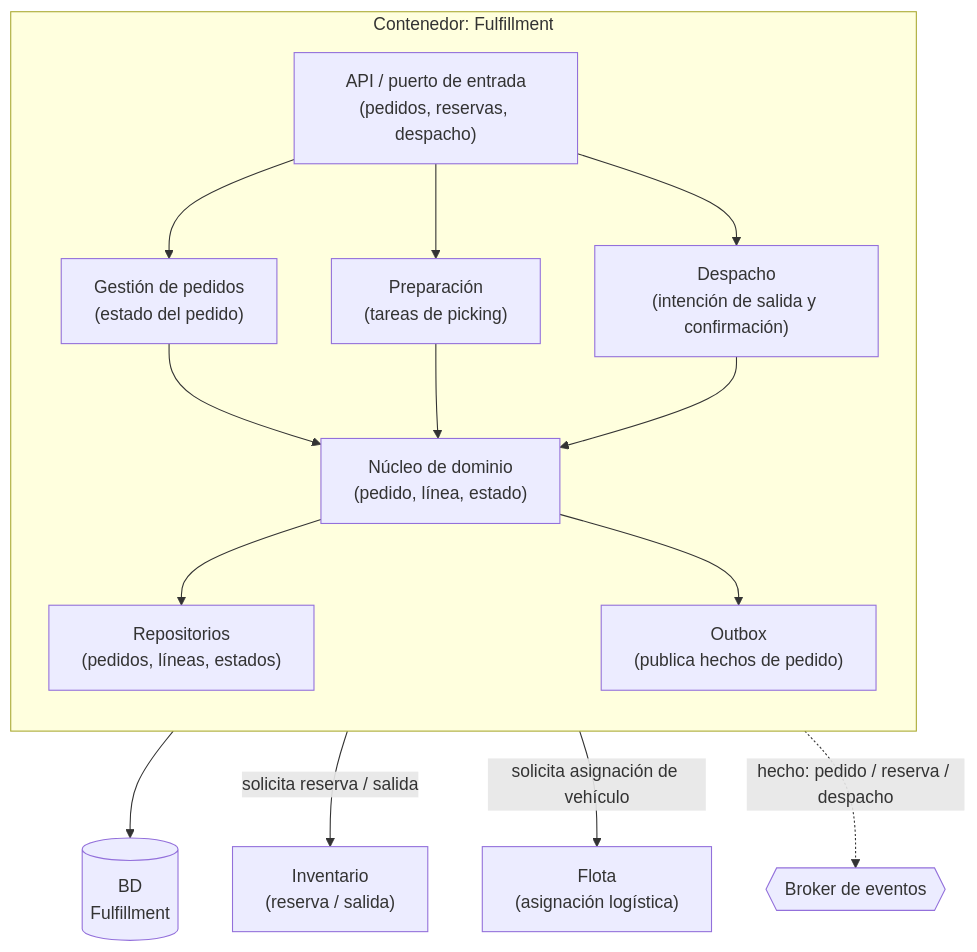
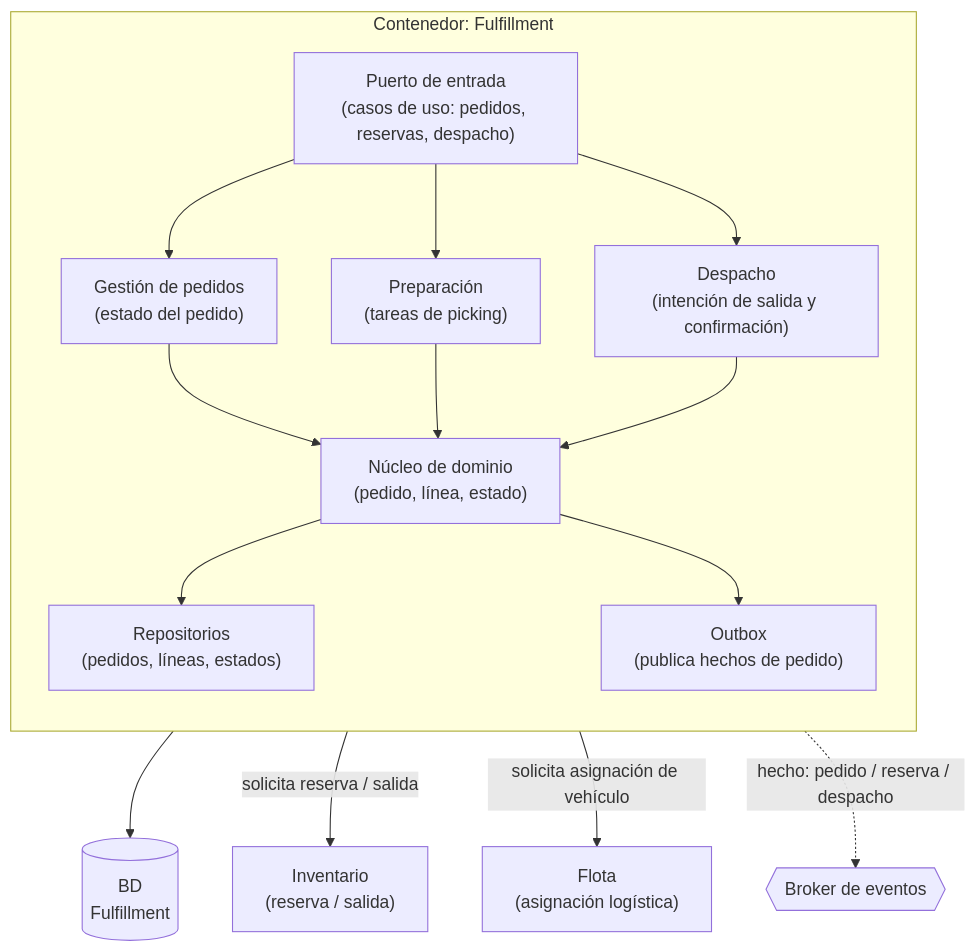
The diagram in docs/diagrams/c4-componente-fulfillment.mmd (asmunozv/Deber2), drawn with Mermaid before and after one commit.

Commit message:
Ajusta C4 Fulfillment al alcance conceptual

```diff
--- a/docs/diagrams/c4-componente-fulfillment.mmd
+++ b/docs/diagrams/c4-componente-fulfillment.mmd
@@ -1,43 +1,43 @@
 flowchart TB
     %% ============================================================
     %% C4 — Nivel 3: Componentes del contenedor Fulfillment
     %% ============================================================
 
     subgraph FUL["Contenedor: Fulfillment"]
         direction TB
 
-        API["API / puerto de entrada<br/>(pedidos, reservas, despacho)"]
+        PORT["Puerto de entrada<br/>(casos de uso: pedidos, reservas, despacho)"]
 
         PED["Gestión de pedidos<br/>(estado del pedido)"]
         PREP["Preparación<br/>(tareas de picking)"]
         DES["Despacho<br/>(intención de salida y confirmación)"]
 
         DOM["Núcleo de dominio<br/>(pedido, línea, estado)"]
 
         OUT["Outbox<br/>(publica hechos de pedido)"]
 
         REPO["Repositorios<br/>(pedidos, líneas, estados)"]
     end
 
     DB[("BD<br/>Fulfillment")]
 
     INV["Inventario<br/>(reserva / salida)"]
     FLT["Flota<br/>(asignación logística)"]
 
-    API --> PED
-    API --> PREP
-    API --> DES
+    PORT --> PED
+    PORT --> PREP
+    PORT --> DES
 
     PED --> DOM
     PREP --> DOM
     DES --> DOM
 
     DOM --> REPO
     REPO --> DB
     DOM --> OUT
 
     %% Colaboraciones de negocio (síncronas)
     DOM -->|"solicita reserva / salida"| INV
     DOM -->|"solicita asignación de vehículo"| FLT
 
     OUT -. "hecho: pedido / reserva / despacho" .-> BROKER{{"Broker de eventos"}}
```
